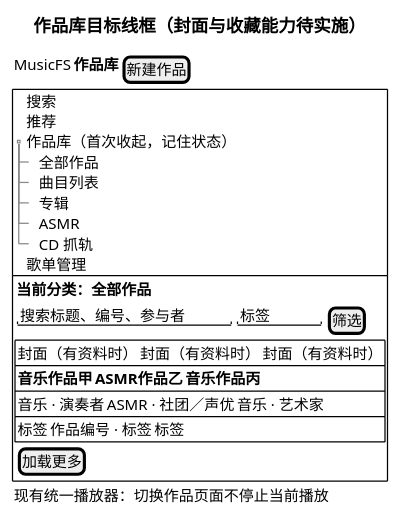
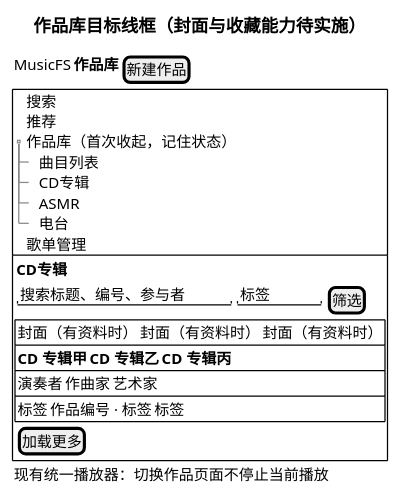
Before and after one commit to fnMrRice/MusicFS: the diagram in docs/prototypes/work-library.salt.puml, drawn with PlantUML. The commit also changed 9 other files, not shown here.

```diff
--- a/docs/prototypes/work-library.salt.puml
+++ b/docs/prototypes/work-library.salt.puml
@@ -1,32 +1,31 @@
 @startsalt
 title 作品库目标线框（封面与收藏能力待实施）
 {
 { MusicFS | <b>作品库 | [新建作品] }
 {#
 {T
 + 搜索
 + 推荐
 + 作品库（首次收起，记住状态）
-++ 全部作品
 ++ 曲目列表
-++ 专辑
+++ CD专辑
 ++ ASMR
-++ CD 抓轨
+++ 电台
 + 歌单管理
 }
 |
 {
-{ <b>当前分类：全部作品 }
+{ <b>CD专辑 }
 { "搜索标题、编号、参与者          " | "标签      " | [筛选] }
 {#
 { 封面（有资料时） | 封面（有资料时） | 封面（有资料时） }
-{ <b>音乐作品甲 | <b>ASMR作品乙 | <b>音乐作品丙 }
-{ 音乐 · 演奏者 | ASMR · 社团／声优 | 音乐 · 艺术家 }
+{ <b>CD 专辑甲 | <b>CD 专辑乙 | <b>CD 专辑丙 }
+{ 演奏者 | 作曲家 | 艺术家 }
 { 标签 | 作品编号 · 标签 | 标签 }
 }
 { [加载更多] }
 }
 }
 { 现有统一播放器：切换作品页面不停止当前播放 }
 }
 @endsalt
```
